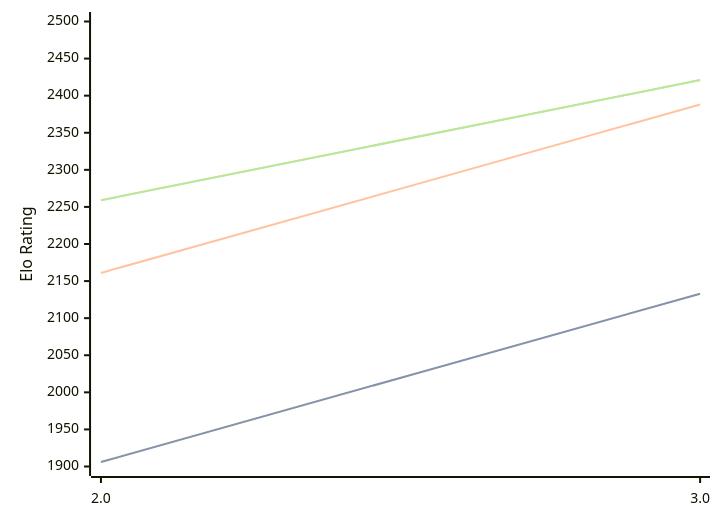
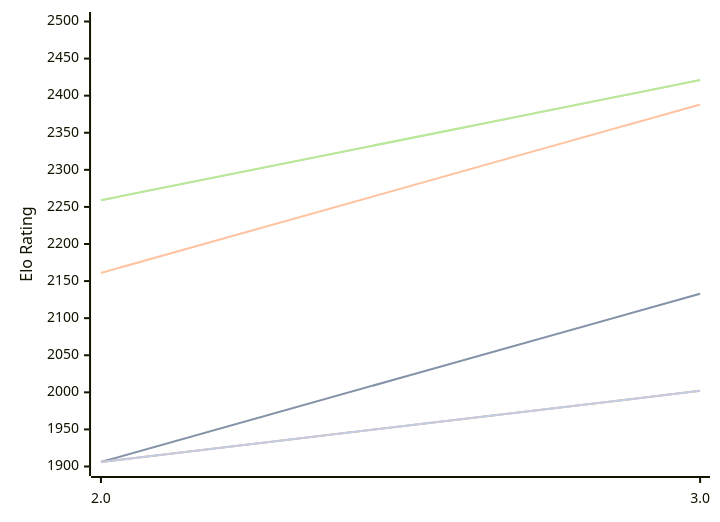
The diagram in engines/Zeno.md (computer-chess-index/cci), drawn with Mermaid before and after one commit. The commit also changed other lines of this file, not shown here.

Commit message:
Update CCI Ratings (ELO VLTC) - 2026-10-11

````diff
--- a/engines/Zeno.md
+++ b/engines/Zeno.md
@@ -48,16 +48,13 @@
 ```mermaid
 %%{init: {"theme":"base","themeVariables":{"seriesColors:['#a3a3a3','#222221','#faa371']}}}%%
 xychart-beta
   x-axis ["2.0", "3.0"]
   y-axis "Elo Rating" 1900 --> 2500
   line "" [1906, 2133]
   line "T1: STC (8.0+0.08s)" [1906, 2133]
   line "T1: LTC (60.0+0.60s)" [2161, 2388]
   line "" [2259, 2421]
   line "T1: VLTC (2m24s+1.12s)" [2259, 2421]
-  line "" [1995]
-  line "E1: STC (8.0+0.08s)" [1995]
-  line "E1: LTC (60.0+0.60s)" [2244]
-  line "" [2357]
-  line "E1: VLTC (2m24s+1.12s)" [2357]
+  line "" [1906,2002]
+  line "E1: STC (8.0+0.08s)" [1906,2002]
 ```
````
